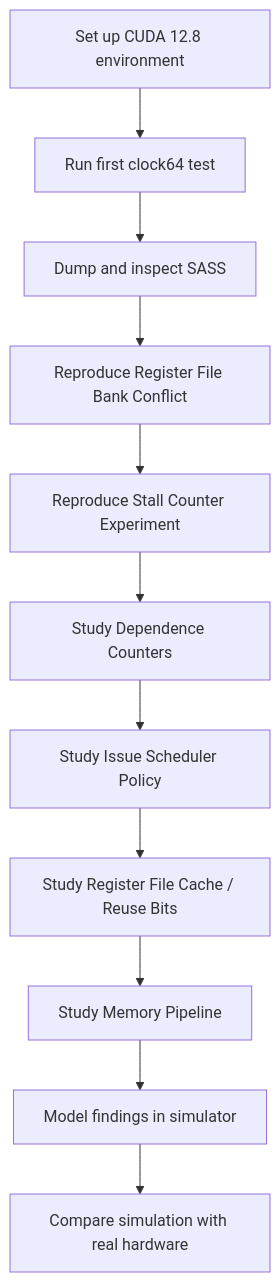
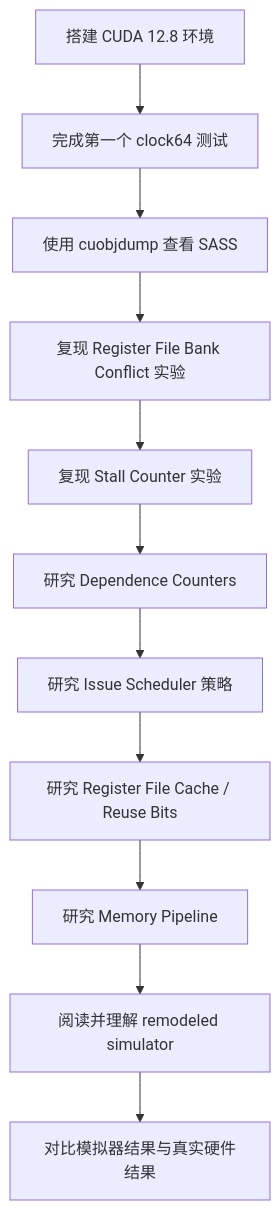
Before and after one commit to Strelizia-zerotwo/modern-gpu-core-reproduce: the diagram in README.md, drawn with Mermaid. The commit also changed other lines of this file, not shown here.

````diff
--- a/README.md
+++ b/README.md
@@ -75,13 +92,13 @@
 ```mermaid
 flowchart TD
-    A[Set up CUDA 12.8 environment] --> B[Run first clock64 test]
-    B --> C[Dump and inspect SASS]
-    C --> D[Reproduce Register File Bank Conflict]
-    D --> E[Reproduce Stall Counter Experiment]
-    E --> F[Study Dependence Counters]
-    F --> G[Study Issue Scheduler Policy]
-    G --> H[Study Register File Cache / Reuse Bits]
-    H --> I[Study Memory Pipeline]
-    I --> J[Model findings in simulator]
-    J --> K[Compare simulation with real hardware]
+    A[搭建 CUDA 12.8 环境] --> B[完成第一个 clock64 测试]
+    B --> C[使用 cuobjdump 查看 SASS]
+    C --> D[复现 Register File Bank Conflict 实验]
+    D --> E[复现 Stall Counter 实验]
+    E --> F[研究 Dependence Counters]
+    F --> G[研究 Issue Scheduler 策略]
+    G --> H[研究 Register File Cache / Reuse Bits]
+    H --> I[研究 Memory Pipeline]
+    I --> J[阅读并理解 remodeled simulator]
+    J --> K[对比模拟器结果与真实硬件结果]
 ```
````
